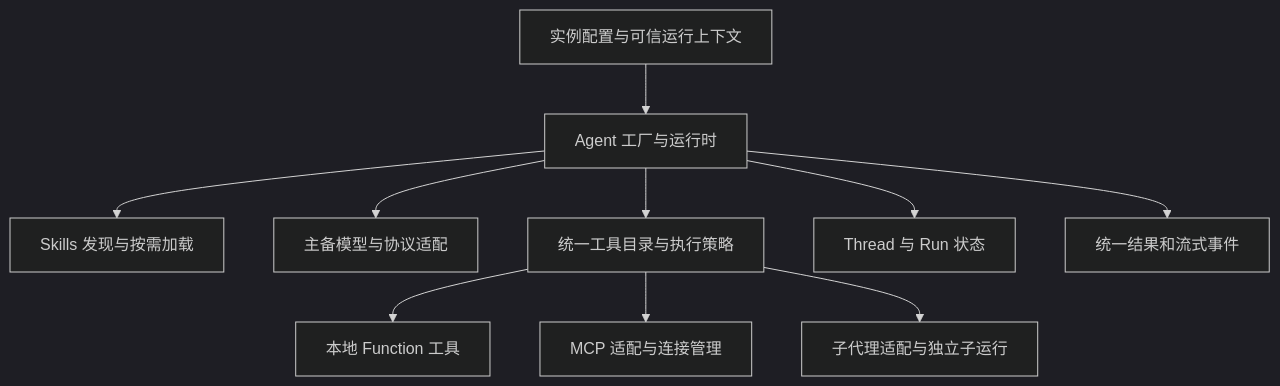
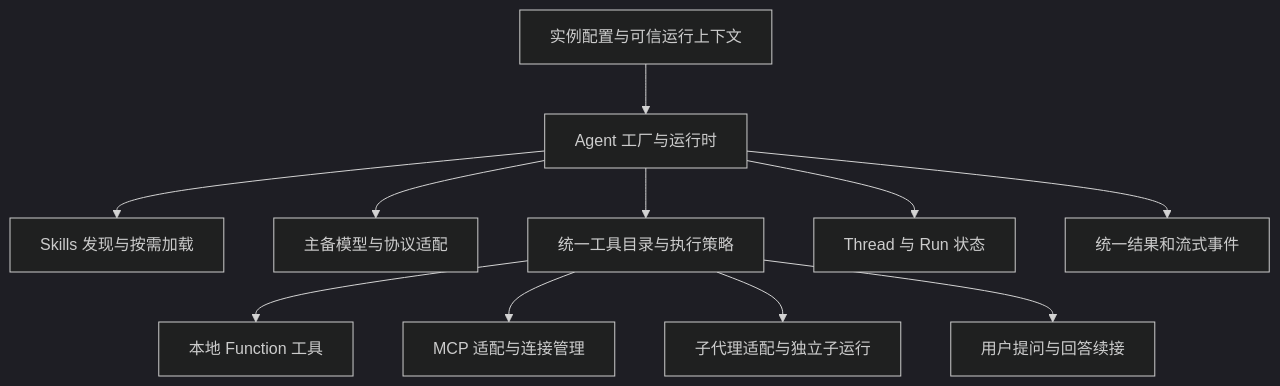
The second of 2 diagrams in packages/create-bubbles/template-vp-monorepo-react-nestjs/.spaces/09.智能体/接口调用智能体/设计方案.md (bubblesplant/bubblesjs), drawn with Mermaid (dark theme) before and after one commit. The commit also changed other lines of this file and 2 other files, not shown here.

````diff
--- a/packages/create-bubbles/template-vp-monorepo-react-nestjs/.spaces/09.智能体/接口调用智能体/设计方案.md
+++ b/packages/create-bubbles/template-vp-monorepo-react-nestjs/.spaces/09.智能体/接口调用智能体/设计方案.md
@@ -200,12 +263,13 @@
 ```mermaid
 flowchart TD
     C[实例配置与可信运行上下文] --> F[Agent 工厂与运行时]
     F --> S[Skills 发现与按需加载]
     F --> M[主备模型与协议适配]
     F --> T[统一工具目录与执行策略]
     T --> L[本地 Function 工具]
     T --> P[MCP 适配与连接管理]
     T --> D[子代理适配与独立子运行]
+    T --> U[用户提问与回答续接]
     F --> R[Thread 与 Run 状态]
     F --> E[统一结果和流式事件]
 ```
````
